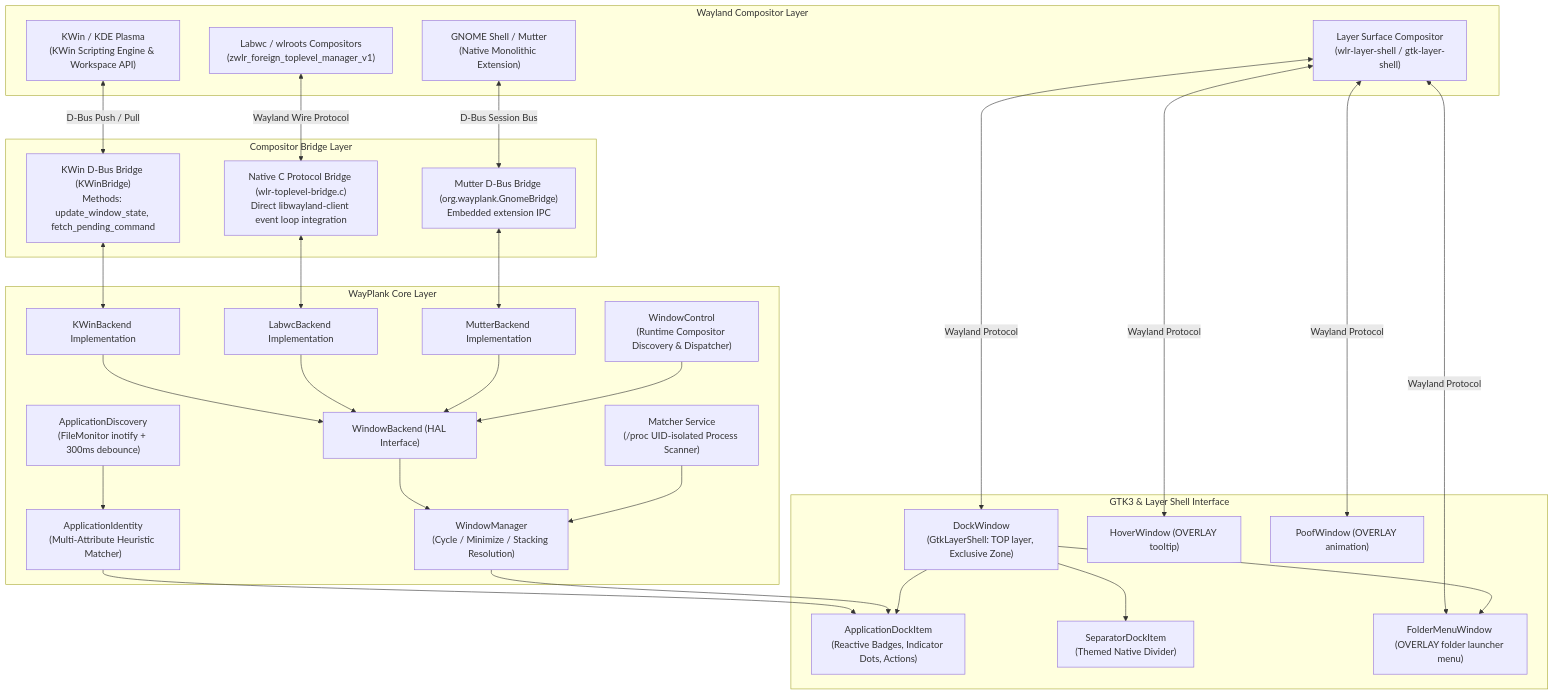
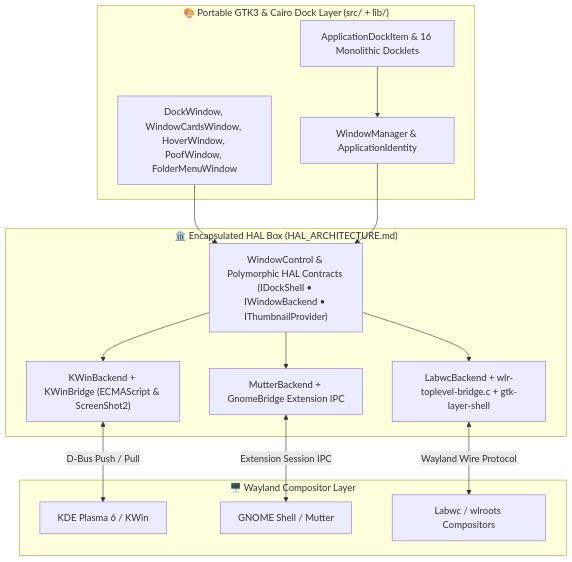
One commit to sergiomelas/WayPlank changed the first of 3 diagrams in Documentation/wayplank_x11_to_wayland_report_en.md. Above: the diagram before and after it, drawn with Mermaid. The commit also changed other lines of this file and 174 other files, not shown here.

Commit message:
V0.7.1: Public Beta 2 — Smart Pinned Accordion, Multi-Profile Browser Isolation, Monolithic GResource Themes & HAL Consolidation

````diff
--- a/Documentation/wayplank_x11_to_wayland_report_en.md
+++ b/Documentation/wayplank_x11_to_wayland_report_en.md
@@ -63,60 +63,31 @@
 ```mermaid
 flowchart TD
-    subgraph Compositors ["Wayland Compositor Layer"]
-        KWinComp["KWin / KDE Plasma\n(KWin Scripting Engine & Workspace API)"]
-        WlrComp["Labwc / wlroots Compositors\n(zwlr_foreign_toplevel_manager_v1)"]
-        MutterComp["GNOME Shell / Mutter\n(Native Monolithic Extension)"]
-        LayerCompositor["Layer Surface Compositor\n(wlr-layer-shell / gtk-layer-shell)"]
+    subgraph UI ["🎨 Portable GTK3 & Cairo Dock Layer (src/ + lib/)"]
+        DockWindow["DockWindow, WindowCardsWindow, HoverWindow, PoofWindow, FolderMenuWindow"]
+        AppItem["ApplicationDockItem & 16 Monolithic Docklets"]
+        WindowManager["WindowManager & ApplicationIdentity"]
     end
 
-    subgraph Bridges ["Compositor Bridge Layer"]
-        DBusIface["KWin D-Bus Bridge (KWinBridge)\nMethods: update_window_state, fetch_pending_command"]
-        WlrBridge["Native C Protocol Bridge (wlr-toplevel-bridge.c)\nDirect libwayland-client event loop integration"]
-        MutterBridge["Mutter D-Bus Bridge (org.wayplank.GnomeBridge)\nEmbedded extension IPC"]
+    subgraph HAL_BOX ["🏛️ Encapsulated HAL Box (HAL_ARCHITECTURE.md)"]
+        WindowControl["WindowControl & Polymorphic HAL Contracts (IDockShell • IWindowBackend • IThumbnailProvider)"]
+        KWinBackend["KWinBackend + KWinBridge (ECMAScript & ScreenShot2)"]
+        MutterBackend["MutterBackend + GnomeBridge Extension IPC"]
+        LabwcBackend["LabwcBackend + wlr-toplevel-bridge.c + gtk-layer-shell"]
+        WindowControl --> KWinBackend
+        WindowControl --> MutterBackend
+        WindowControl --> LabwcBackend
     end
 
-    subgraph WayPlankCore ["WayPlank Core Layer"]
-        WindowControl["WindowControl\n(Runtime Compositor Discovery & Dispatcher)"]
-        WindowBackend["WindowBackend (HAL Interface)"]
-        KWinBackend["KWinBackend Implementation"]
-        LabwcBackend["LabwcBackend Implementation"]
-        MutterBackend["MutterBackend Implementation"]
-        WindowManager["WindowManager\n(Cycle / Minimize / Stacking Resolution)"]
-        AppDiscovery["ApplicationDiscovery\n(FileMonitor inotify + 300ms debounce)"]
-        AppIdentity["ApplicationIdentity\n(Multi-Attribute Heuristic Matcher)"]
-        Matcher["Matcher Service\n(/proc UID-isolated Process Scanner)"]
+    subgraph Compositors ["🖥️ Wayland Compositor Layer"]
+        KWinComp["KDE Plasma 6 / KWin"]
+        MutterComp["GNOME Shell / Mutter"]
+        WlrComp["Labwc / wlroots Compositors"]
     end
 
-    subgraph UI ["GTK3 & Layer Shell Interface"]
-        DockWindow["DockWindow\n(GtkLayerShell: TOP layer, Exclusive Zone)"]
-        AppItem["ApplicationDockItem\n(Reactive Badges, Indicator Dots, Actions)"]
-        SepItem["SeparatorDockItem\n(Themed Native Divider)"]
-        HoverWin["HoverWindow (OVERLAY tooltip)"]
-        PoofWin["PoofWindow (OVERLAY animation)"]
-        FolderMenuWin["FolderMenuWindow (OVERLAY folder launcher menu)"]
-    end
-
-    KWinComp <-->|D-Bus Push / Pull| DBusIface
-    DBusIface <--> KWinBackend
-    WlrComp <-->|Wayland Wire Protocol| WlrBridge
-    WlrBridge <--> LabwcBackend
-    MutterComp <-->|D-Bus Session Bus| MutterBridge
-    MutterBridge <--> MutterBackend
-
-    KWinBackend --> WindowBackend
-    LabwcBackend --> WindowBackend
-    MutterBackend --> WindowBackend
-    WindowControl --> WindowBackend
-    WindowBackend --> WindowManager
-    Matcher --> WindowManager
-    AppDiscovery --> AppIdentity
-    AppIdentity --> AppItem
-    WindowManager --> AppItem
-    LayerCompositor <-->|Wayland Protocol| DockWindow
-    LayerCompositor <-->|Wayland Protocol| HoverWin
-    LayerCompositor <-->|Wayland Protocol| PoofWin
-    LayerCompositor <-->|Wayland Protocol| FolderMenuWin
-    DockWindow --> AppItem
-    DockWindow --> SepItem
-    DockWindow --> FolderMenuWin
+    DockWindow --> WindowControl
+    AppItem --> WindowManager
+    WindowManager --> WindowControl
+    KWinBackend <-->|"D-Bus Push / Pull"| KWinComp
+    MutterBackend <-->|"Extension Session IPC"| MutterComp
+    LabwcBackend <-->|"Wayland Wire Protocol"| WlrComp
 ```
````
